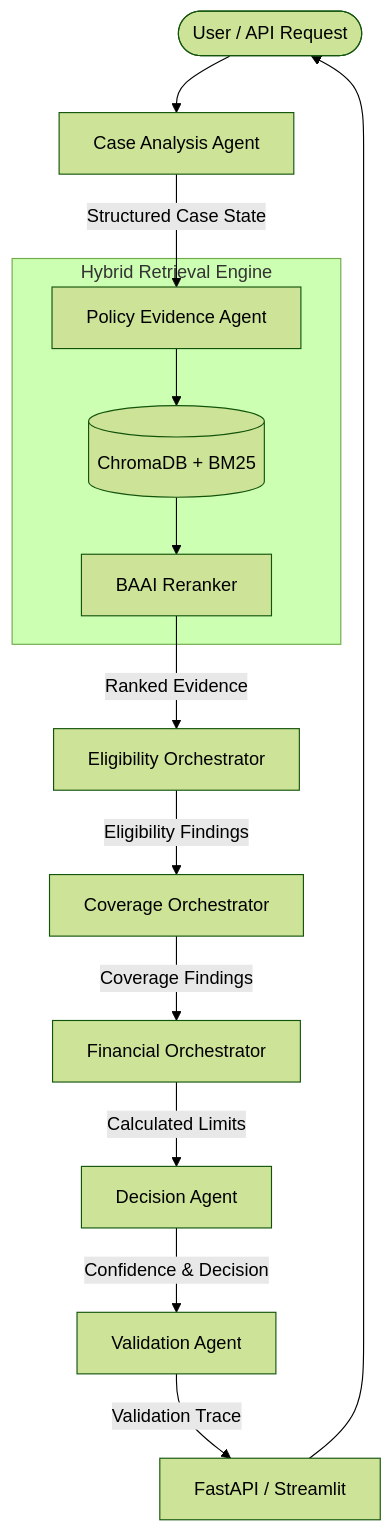
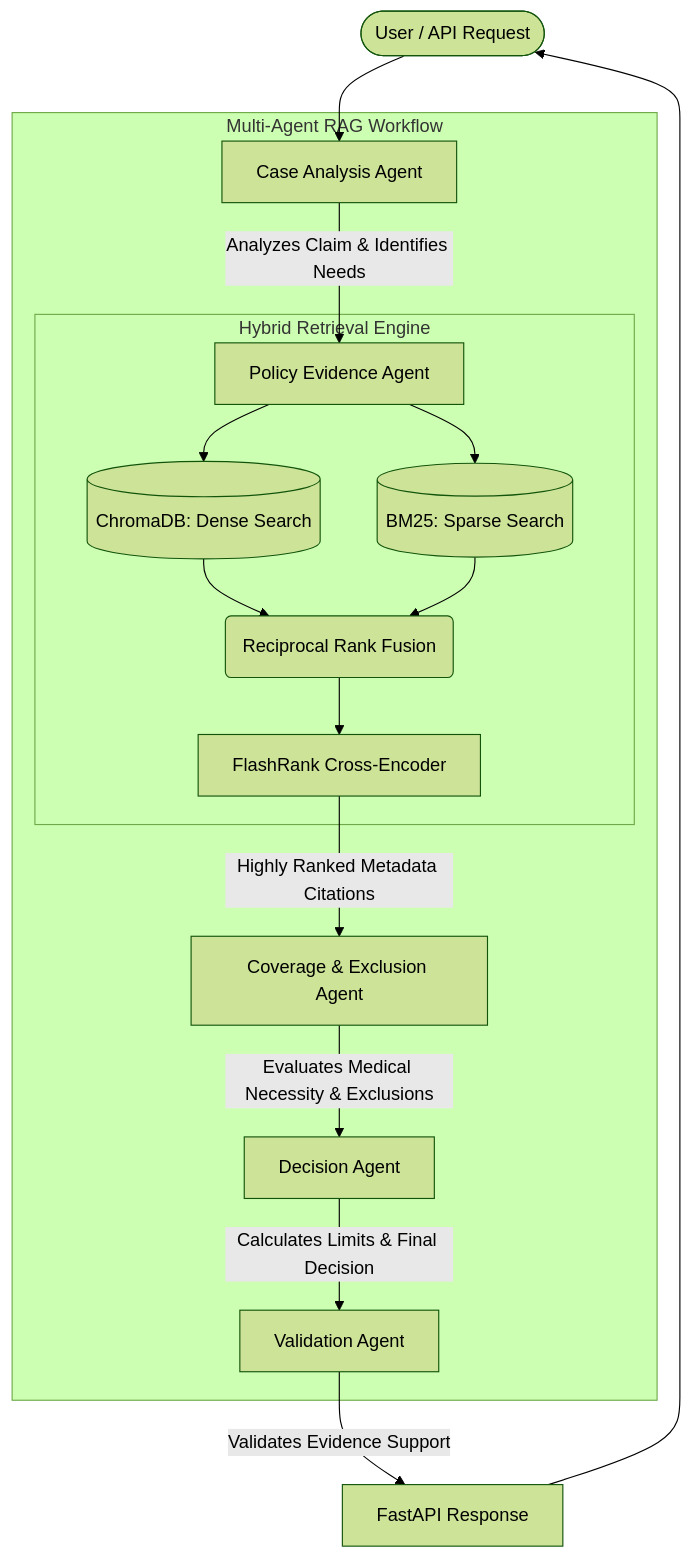
One commit to adil-56/Policy-Aware-Multi-Agent-RAG-Claim-Decision-Engine- changed the diagram in README.md. Above: the diagram before and after it, drawn with Mermaid (forest theme). The commit also changed other lines of this file, not shown here.

````diff
--- a/README.md
+++ b/README.md
@@ -16,20 +24,23 @@
 ```mermaid
 graph TD
     User([User / API Request]) --> CA[Case Analysis Agent]
-    CA -->|Structured Case State| PE[Policy Evidence Agent]
     
-    subgraph Hybrid Retrieval Engine
-        PE --> DB[(ChromaDB + BM25)]
-        DB --> RR[BAAI Reranker]
+    subgraph Multi-Agent RAG Workflow
+        CA -->|Analyzes Claim & Identifies Needs| PE[Policy Evidence Agent]
+        
+        subgraph Hybrid Retrieval Engine
+            PE --> DB[(ChromaDB: Dense Search)]
+            PE --> BM[(BM25: Sparse Search)]
+            DB --> FUSE(Reciprocal Rank Fusion)
+            BM --> FUSE
+            FUSE --> RR[FlashRank Cross-Encoder]
+        end
+        
+        RR -->|Highly Ranked Metadata Citations| CE[Coverage & Exclusion Agent]
+        CE -->|Evaluates Medical Necessity & Exclusions| DA[Decision Agent]
+        DA -->|Calculates Limits & Final Decision| VA[Validation Agent]
     end
     
-    RR -->|Ranked Evidence| ELIG[Eligibility Orchestrator]
-    ELIG -->|Eligibility Findings| COV[Coverage Orchestrator]
-    COV -->|Coverage Findings| FIN[Financial Orchestrator]
-    
-    FIN -->|Calculated Limits| DEC[Decision Agent]
-    DEC -->|Confidence & Decision| VAL[Validation Agent]
-    
-    VAL -->|Validation Trace| API[FastAPI / Streamlit]
+    VA -->|Validates Evidence Support| API[FastAPI Response]
     API --> User
 ```
````
